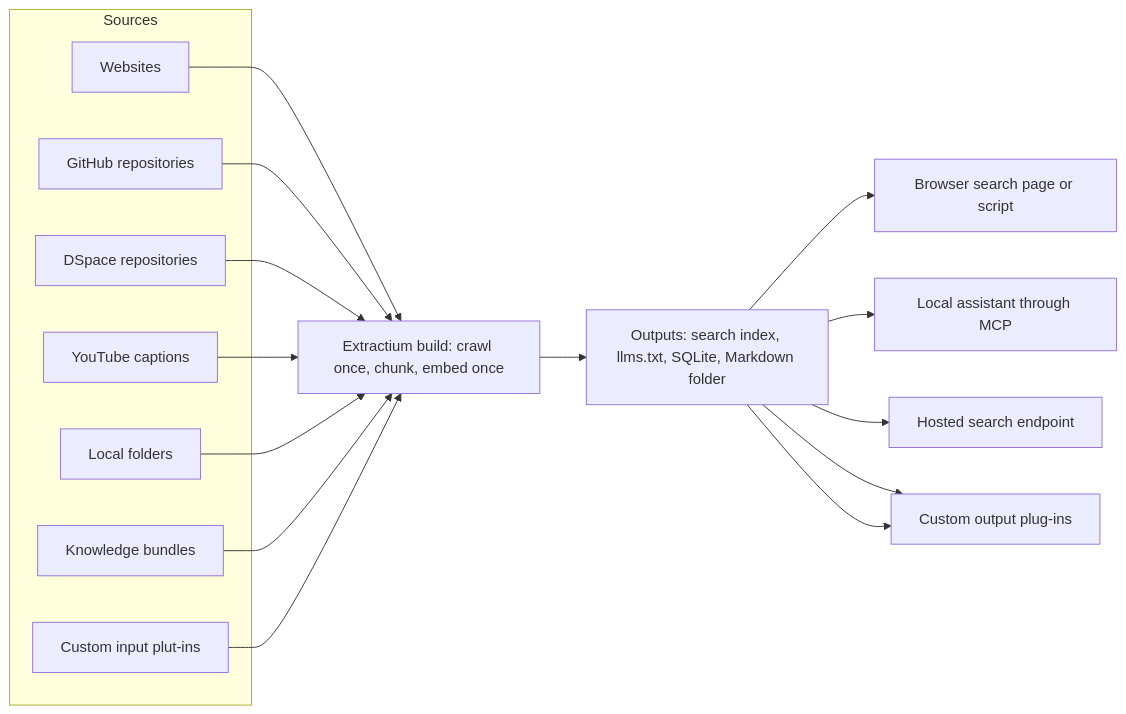
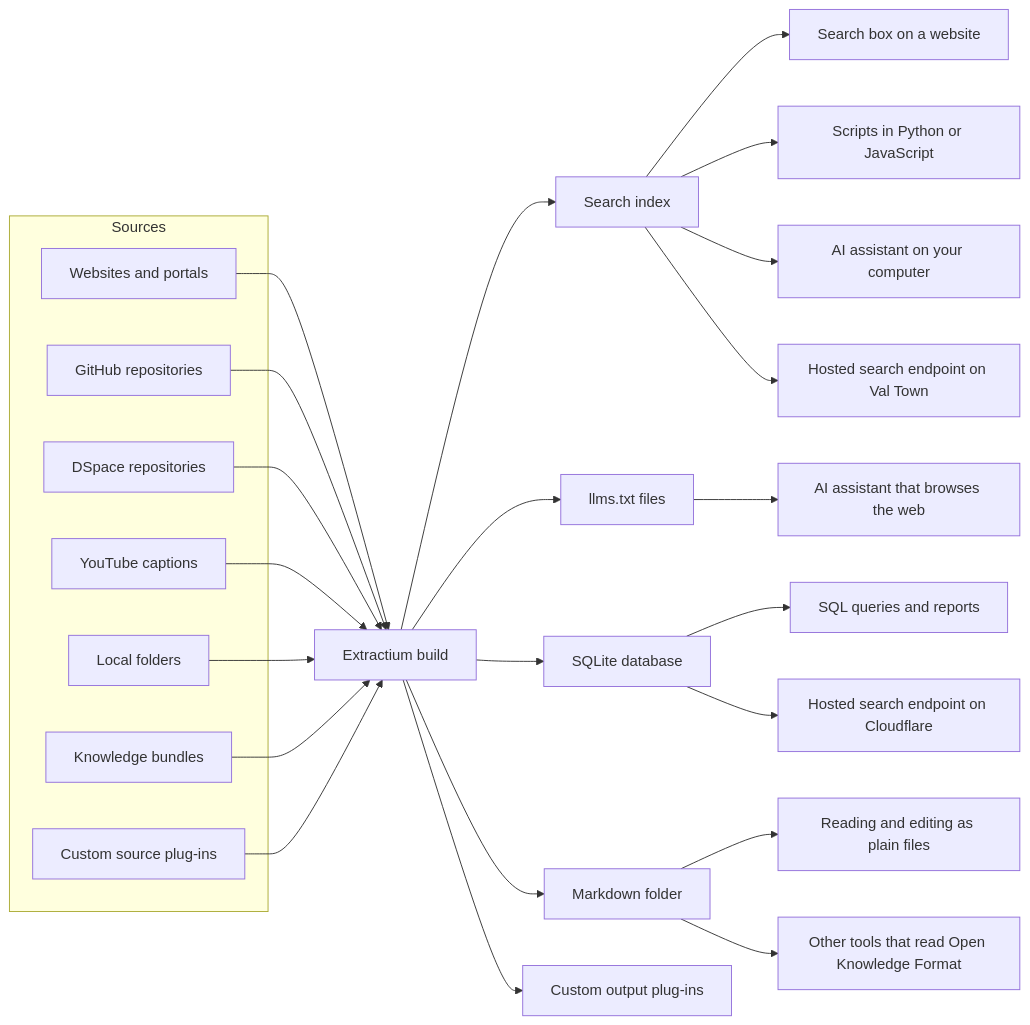
The diagram in README.md (DepressionCenter/extractium), drawn with Mermaid before and after one commit. The commit also changed other lines of this file and 29 other files, not shown here.

````diff
--- a/README.md
+++ b/README.md
@@ -34,19 +34,27 @@
 ```mermaid
 flowchart LR
     subgraph Sources
-        W[Websites]
+        W[Websites and portals]
         G[GitHub repositories]
         D[DSpace repositories]
         Y[YouTube captions]
         L[Local folders]
         K[Knowledge bundles]
-        C[Custom input plut-ins]
+        C[Custom source plug-ins]
     end
-    W & G & D & Y & L & K & C --> E[Extractium build: crawl once, chunk, embed once]
-    E --> O[Outputs: search index, llms.txt, SQLite, Markdown folder]
-    O --> B[Browser search page or script]
-    O --> M[Local assistant through MCP]
-    O --> H[Hosted search endpoint]
-    O --> P[Hosted assistant reading llms.txt]
-    O --> P[Custom output plug-ins]
+    W & G & D & Y & L & K & C --> E[Extractium build]
+    E --> O1[Search index]
+    E --> O2[llms.txt files]
+    E --> O3[SQLite database]
+    E --> O4[Markdown folder]
+    E --> O5[Custom output plug-ins]
+    O1 --> U1[Search box on a website]
+    O1 --> U2[Scripts in Python or JavaScript]
+    O1 --> U3[AI assistant on your computer]
+    O1 --> U4[Hosted search endpoint on Val Town]
+    O2 --> U5[AI assistant that browses the web]
+    O3 --> U6[SQL queries and reports]
+    O3 --> U7[Hosted search endpoint on Cloudflare]
+    O4 --> U8[Reading and editing as plain files]
+    O4 --> U9[Other tools that read Open Knowledge Format]
 ```
````
